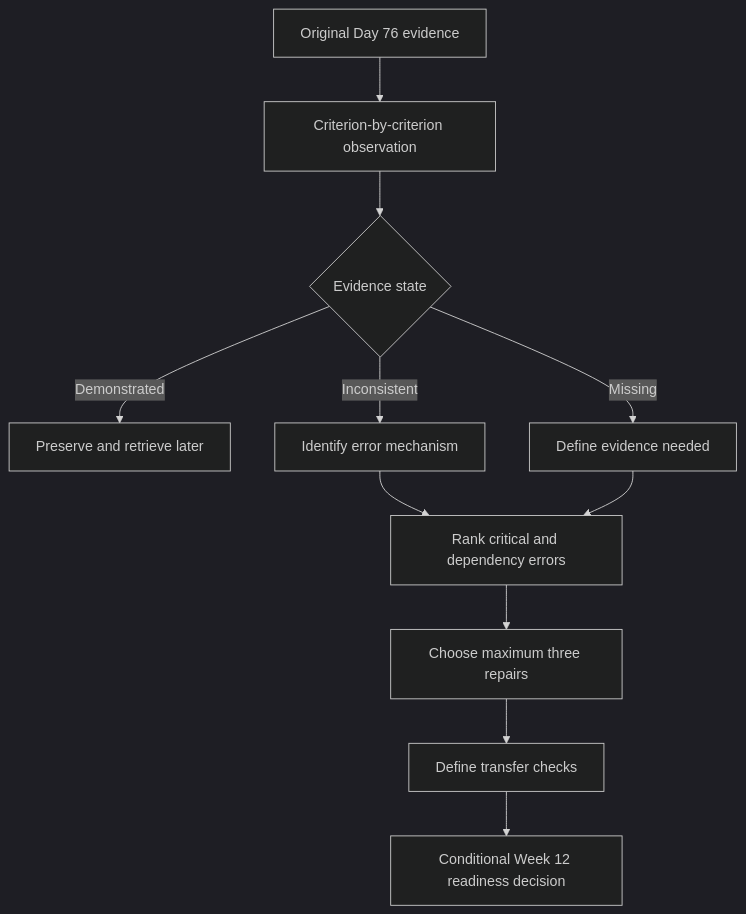
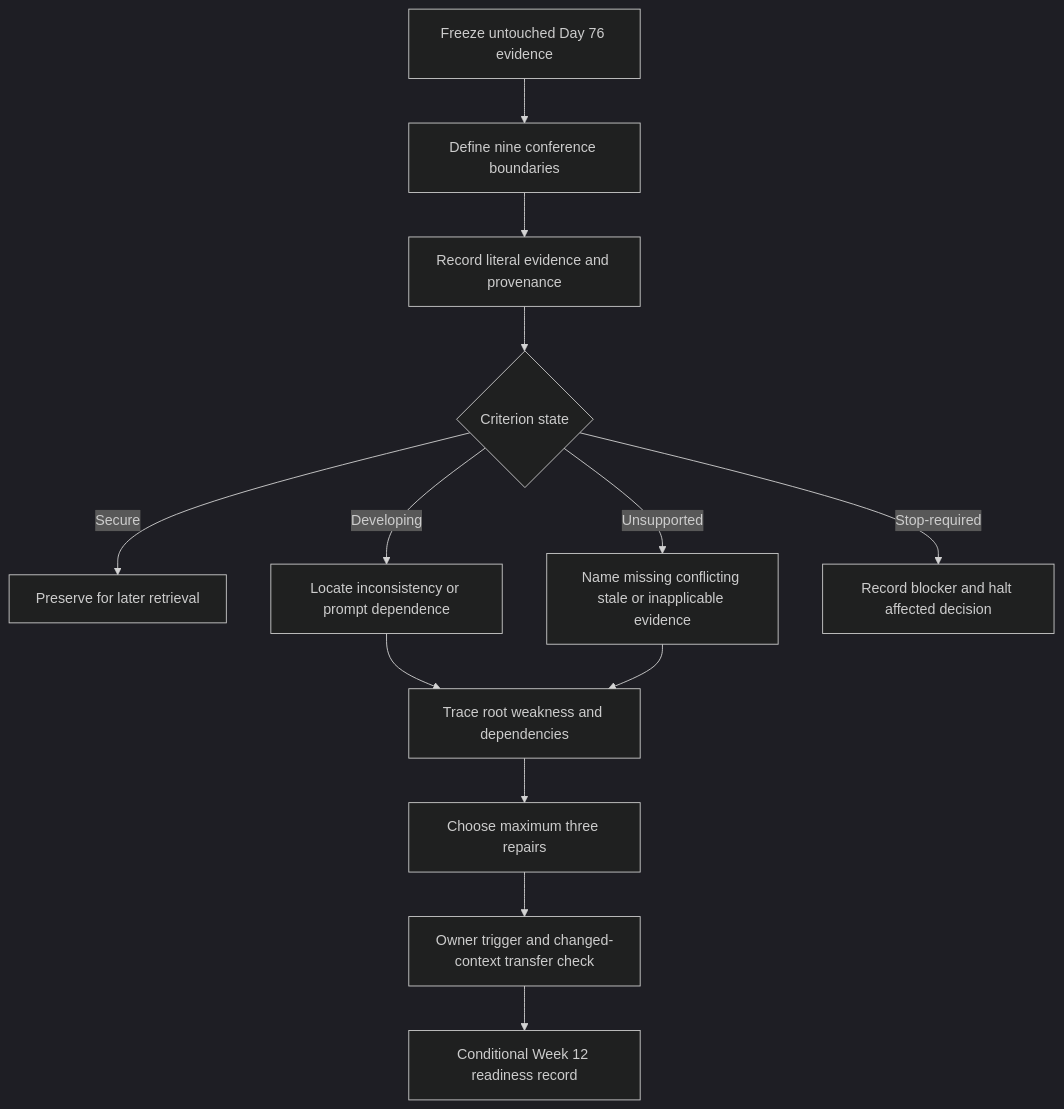
One commit to andrew3stedall/capstone changed the first of 2 diagrams in docs/learning-plans/12-week/modules/day-77-week-11-competency-conference-and-targeted-remediation.md. Above: the diagram before and after it, drawn with Mermaid (dark theme). The commit also changed other lines of this file and 4 other files, not shown here.

Commit message:
Improve Day 77 competency conference and remediation control

````diff
--- a/docs/learning-plans/12-week/modules/day-77-week-11-competency-conference-and-targeted-remediation.md
+++ b/docs/learning-plans/12-week/modules/day-77-week-11-competency-conference-and-targeted-remediation.md
@@ -70,13 +90,15 @@
 ```mermaid
 flowchart TD
-  A[Original Day 76 evidence] --> B[Criterion-by-criterion observation]
-  B --> C{Evidence state}
-  C -->|Demonstrated| D[Preserve and retrieve later]
-  C -->|Inconsistent| E[Identify error mechanism]
-  C -->|Missing| F[Define evidence needed]
-  E --> G[Rank critical and dependency errors]
-  F --> G
-  G --> H[Choose maximum three repairs]
-  H --> I[Define transfer checks]
-  I --> J[Conditional Week 12 readiness decision]
+  A[Freeze untouched Day 76 evidence] --> B[Define nine conference boundaries]
+  B --> C[Record literal evidence and provenance]
+  C --> D{Criterion state}
+  D -->|Secure| E[Preserve for later retrieval]
+  D -->|Developing| F[Locate inconsistency or prompt dependence]
+  D -->|Unsupported| G[Name missing conflicting stale or inapplicable evidence]
+  D -->|Stop-required| H[Record blocker and halt affected decision]
+  F --> I[Trace root weakness and dependencies]
+  G --> I
+  I --> J[Choose maximum three repairs]
+  J --> K[Owner trigger and changed-context transfer check]
+  K --> L[Conditional Week 12 readiness record]
 ```
````
